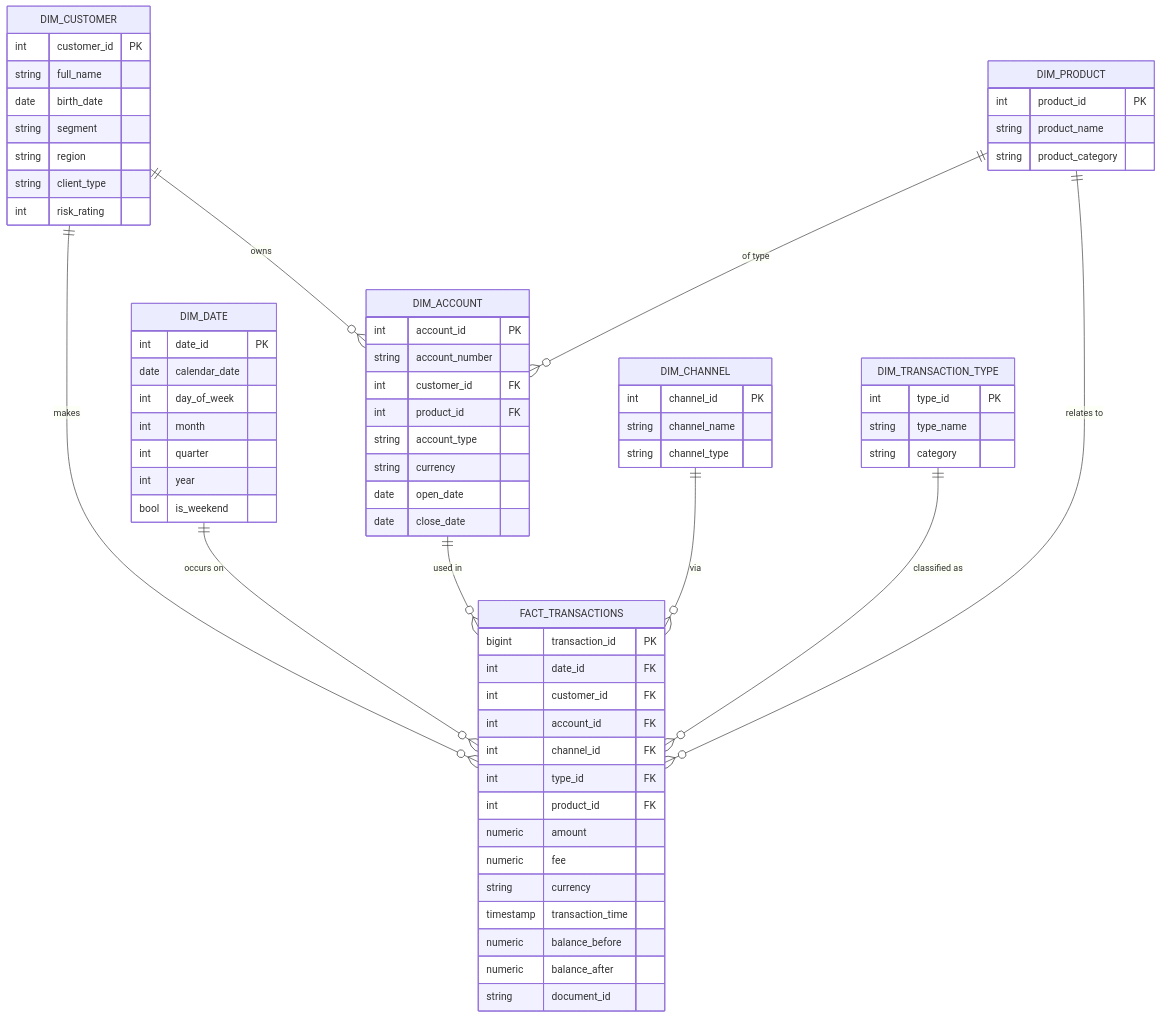
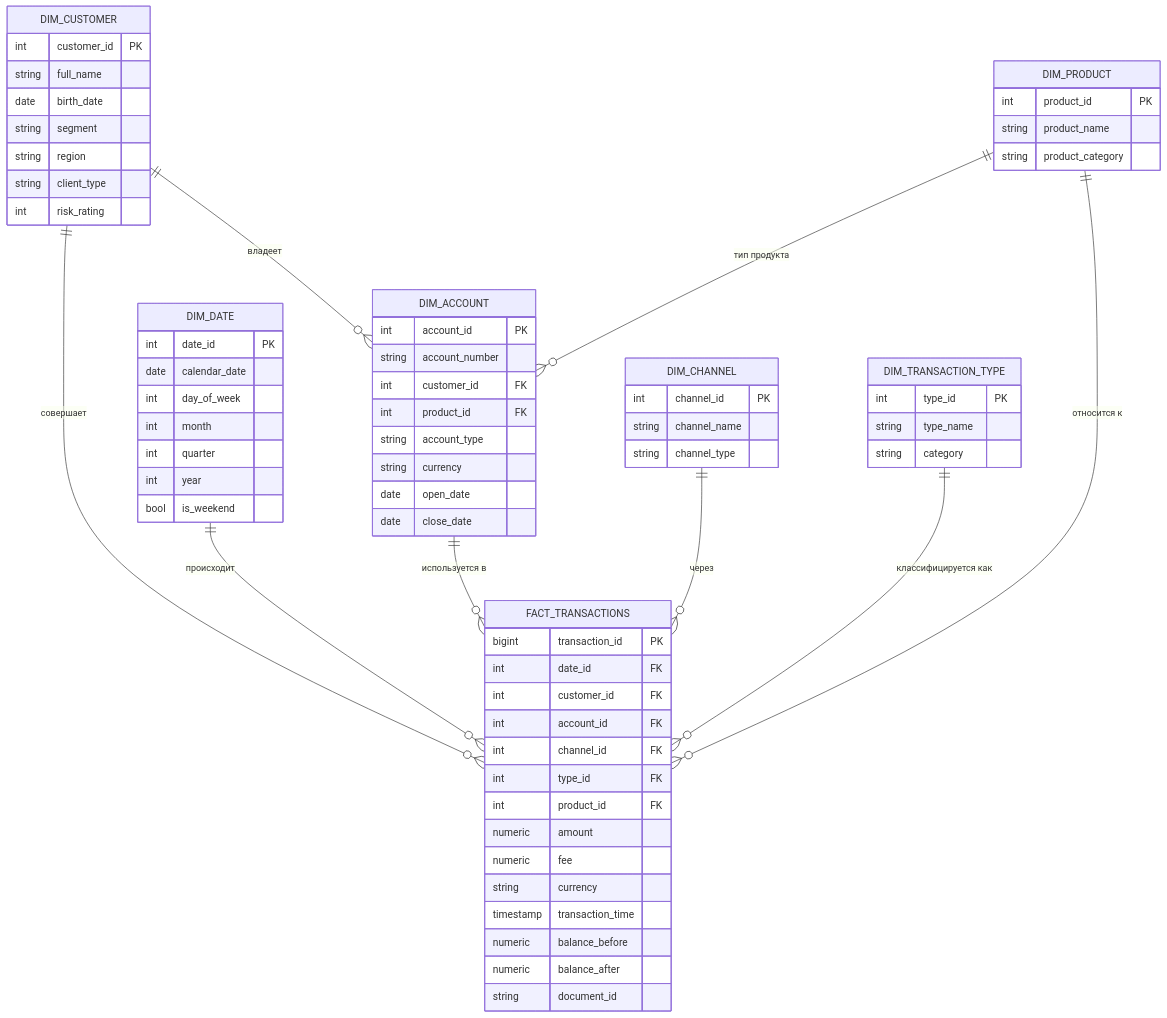
One commit to ArkadiyOs23/Bank_Transactions_DWH changed the second of 2 diagrams in README.md. Above: the diagram before and after it, drawn with Mermaid. The commit also changed other lines of this file and 5 other files, not shown here.

````diff
--- a/README.md
+++ b/README.md
@@ -74,71 +79,71 @@
 ```mermaid
 erDiagram
-    DIM_CUSTOMER ||--o{ FACT_TRANSACTIONS : "makes"
-    DIM_DATE ||--o{ FACT_TRANSACTIONS : "occurs on"
-    DIM_ACCOUNT ||--o{ FACT_TRANSACTIONS : "used in"
-    DIM_CHANNEL ||--o{ FACT_TRANSACTIONS : "via"
-    DIM_TRANSACTION_TYPE ||--o{ FACT_TRANSACTIONS : "classified as"
-    DIM_PRODUCT ||--o{ FACT_TRANSACTIONS : "relates to"
-    DIM_CUSTOMER ||--o{ DIM_ACCOUNT : "owns"
-    DIM_PRODUCT ||--o{ DIM_ACCOUNT : "of type"
+    DIM_CUSTOMER ||--o{ FACT_TRANSACTIONS : "совершает"
+    DIM_DATE ||--o{ FACT_TRANSACTIONS : "происходит"
+    DIM_ACCOUNT ||--o{ FACT_TRANSACTIONS : "используется в"
+    DIM_CHANNEL ||--o{ FACT_TRANSACTIONS : "через"
+    DIM_TRANSACTION_TYPE ||--o{ FACT_TRANSACTIONS : "классифицируется как"
+    DIM_PRODUCT ||--o{ FACT_TRANSACTIONS : "относится к"
+    DIM_CUSTOMER ||--o{ DIM_ACCOUNT : "владеет"
+    DIM_PRODUCT ||--o{ DIM_ACCOUNT : "тип продукта"
 
     DIM_CUSTOMER {
         int customer_id PK
         string full_name
         date birth_date
         string segment
         string region
         string client_type
         int risk_rating
     }
     DIM_DATE {
         int date_id PK
         date calendar_date
         int day_of_week
         int month
         int quarter
         int year
         bool is_weekend
     }
     DIM_ACCOUNT {
         int account_id PK
         string account_number
         int customer_id FK
         int product_id FK
         string account_type
         string currency
         date open_date
         date close_date
     }
     DIM_CHANNEL {
         int channel_id PK
         string channel_name
         string channel_type
     }
     DIM_TRANSACTION_TYPE {
         int type_id PK
         string type_name
         string category
     }
     DIM_PRODUCT {
         int product_id PK
         string product_name
         string product_category
     }
     FACT_TRANSACTIONS {
         bigint transaction_id PK
         int date_id FK
         int customer_id FK
         int account_id FK
         int channel_id FK
         int type_id FK
         int product_id FK
         numeric amount
         numeric fee
         string currency
         timestamp transaction_time
         numeric balance_before
         numeric balance_after
         string document_id
     }
 ```
````
